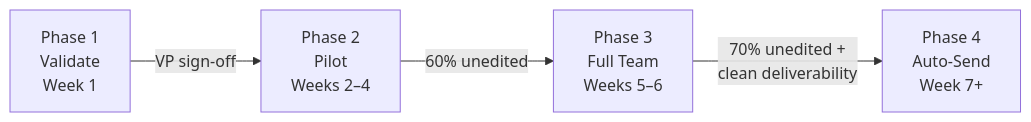
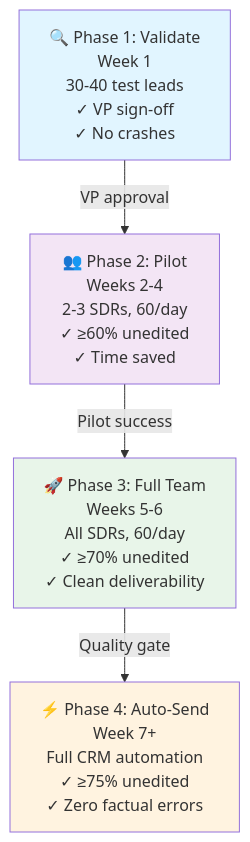
One commit to SanchitMinocha/GTM_Automation_Tool changed the diagram in docs/04_rollout_plan.md. Above: the diagram before and after it, drawn with Mermaid. The commit also changed other lines of this file, not shown here.

Commit message:
docs: reorganize and clarify rollout plan phases using summary tables and refined success criteria

````diff
--- a/docs/04_rollout_plan.md
+++ b/docs/04_rollout_plan.md
@@ -11,6 +131,11 @@
 ```mermaid
-flowchart LR
-    P1["Phase 1\nValidate\nWeek 1"] -->|VP sign-off| P2["Phase 2\nPilot\nWeeks 2–4"]
-    P2 -->|60% unedited| P3["Phase 3\nFull Team\nWeeks 5–6"]
-    P3 -->|70% unedited +\nclean deliverability| P4["Phase 4\nAuto-Send\nWeek 7+"]
+graph TD
+    A["🔍 Phase 1: Validate<br/>Week 1<br/>30-40 test leads<br/>✓ VP sign-off<br/>✓ No crashes"] -->|VP approval| B["👥 Phase 2: Pilot<br/>Weeks 2-4<br/>2-3 SDRs, 60/day<br/>✓ ≥60% unedited<br/>✓ Time saved"]
+    B -->|Pilot success| C["🚀 Phase 3: Full Team<br/>Weeks 5-6<br/>All SDRs, 60/day<br/>✓ ≥70% unedited<br/>✓ Clean deliverability"]
+    C -->|Quality gate| D["⚡ Phase 4: Auto-Send<br/>Week 7+<br/>Full CRM automation<br/>✓ ≥75% unedited<br/>✓ Zero factual errors"]
+    
+    style A fill:#e1f5ff
+    style B fill:#f3e5f5
+    style C fill:#e8f5e9
+    style D fill:#fff3e0
 ```
````
